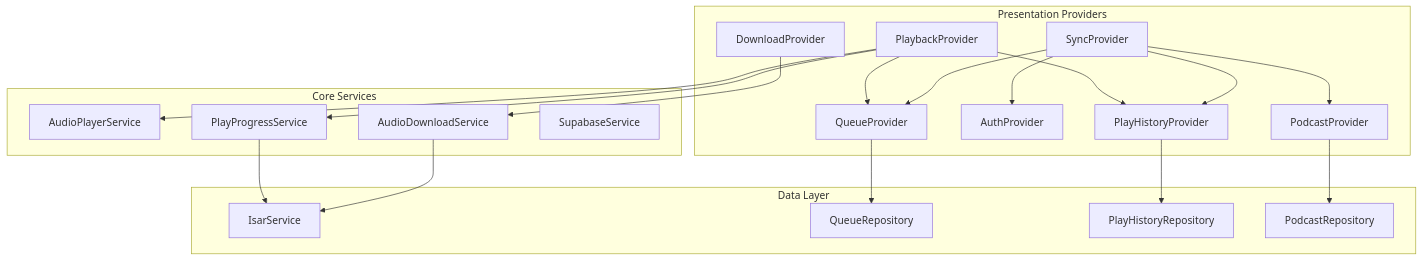
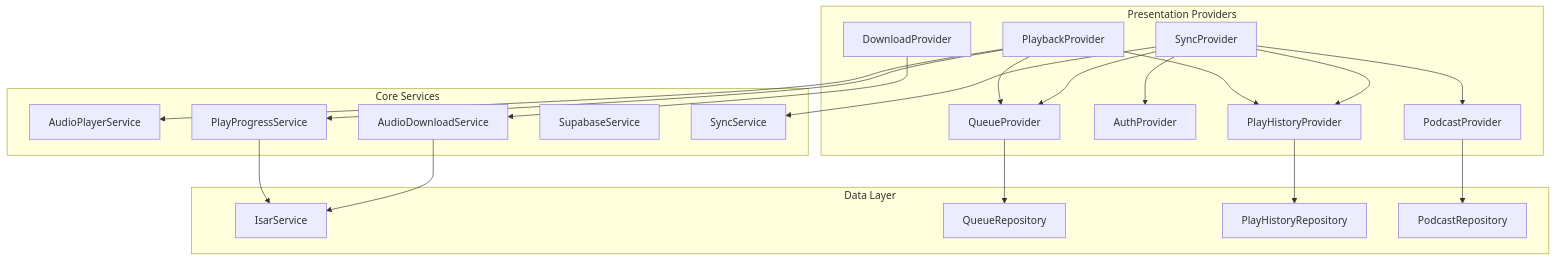
One commit to ZTfer/Tinycast changed the first of 10 diagrams in .qoder/repowiki/zh/content/架构设计/设计模式应用/Provider Pattern（提供者模式）/核心 Provider 实现/核心 Provider 实现.md. Above: the diagram before and after it, drawn with Mermaid. The commit also changed other lines of this file and 7 other files, not shown here.

````diff
--- a/.qoder/repowiki/zh/content/架构设计/设计模式应用/Provider Pattern（提供者模式）/核心 Provider 实现/核心 Provider 实现.md
+++ b/.qoder/repowiki/zh/content/架构设计/设计模式应用/Provider Pattern（提供者模式）/核心 Provider 实现/核心 Provider 实现.md
@@ -45,38 +53,40 @@
 ```mermaid
 graph TB
 subgraph "Presentation Providers"
 PB["PlaybackProvider"]
 POD["PodcastProvider"]
 DL["DownloadProvider"]
 AUTH["AuthProvider"]
 SYNC["SyncProvider"]
 Q["QueueProvider"]
 PH["PlayHistoryProvider"]
 end
 subgraph "Core Services"
 APS["AudioPlayerService"]
 ADS["AudioDownloadService"]
 PPS["PlayProgressService"]
 SUP["SupabaseService"]
+SS["SyncService"]
 end
 subgraph "Data Layer"
 ISAR["IsarService"]
 REPO_Q["QueueRepository"]
 REPO_PH["PlayHistoryRepository"]
 REPO_POD["PodcastRepository"]
 end
 PB --> APS
 PB --> PPS
 PB --> Q
 PB --> PH
 DL --> ADS
 SYNC --> AUTH
+SYNC --> SS
 SYNC --> Q
 SYNC --> POD
 SYNC --> PH
 POD --> REPO_POD
 Q --> REPO_Q
 PH --> REPO_PH
 PPS --> ISAR
 ADS --> ISAR
 ```
````
